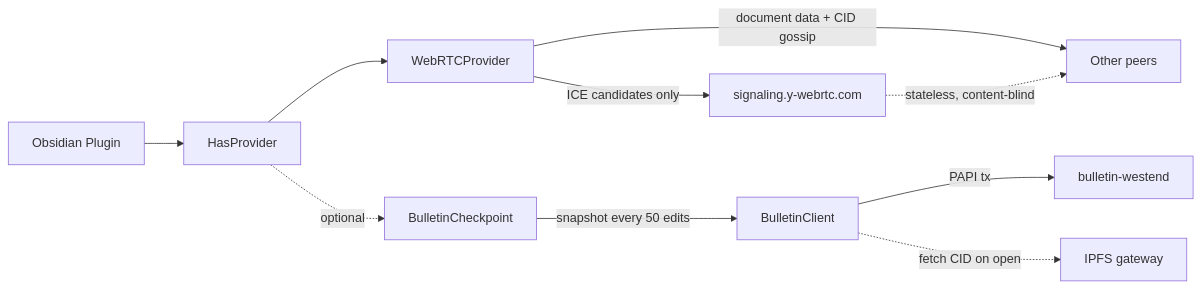
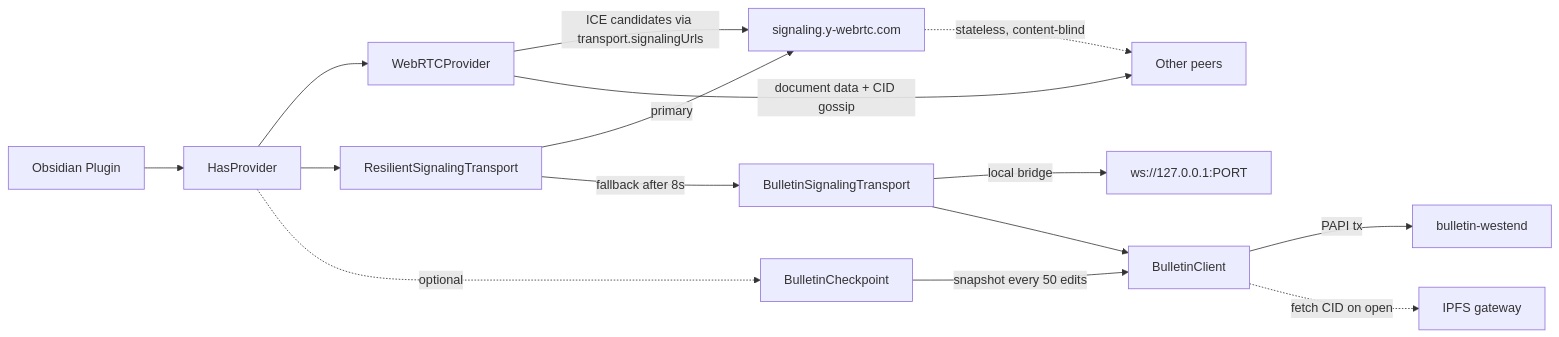
The second of 6 diagrams in README.md (luzanikita/decentralized-relay), drawn with Mermaid before and after one commit. The commit also changed other lines of this file, not shown here.

Commit message:
docs: update README and diagrams for Phase 3 resilient signaling

````diff
--- a/README.md
+++ b/README.md
@@ -29,12 +29,17 @@
 ```mermaid
 graph LR
     A[Obsidian Plugin] --> B[HasProvider]
     B --> C[WebRTCProvider]
-    C -->|ICE candidates only| D[signaling.y-webrtc.com]
+    B --> T[ResilientSignalingTransport]
+    T -->|primary| D[signaling.y-webrtc.com]
+    T -->|fallback after 8s| BST[BulletinSignalingTransport]
+    BST -->|local bridge| LWS[ws://127.0.0.1:PORT]
+    C -->|ICE candidates via transport.signalingUrls| D
     C -->|document data + CID gossip| E[Other peers]
     D -.->|stateless, content-blind| E
     B -.->|optional| F[BulletinCheckpoint]
     F -->|snapshot every 50 edits| G[BulletinClient]
     G -->|PAPI tx| H[bulletin-westend]
     G -.->|fetch CID on open| I[IPFS gateway]
+    BST --> G
 ```
````
